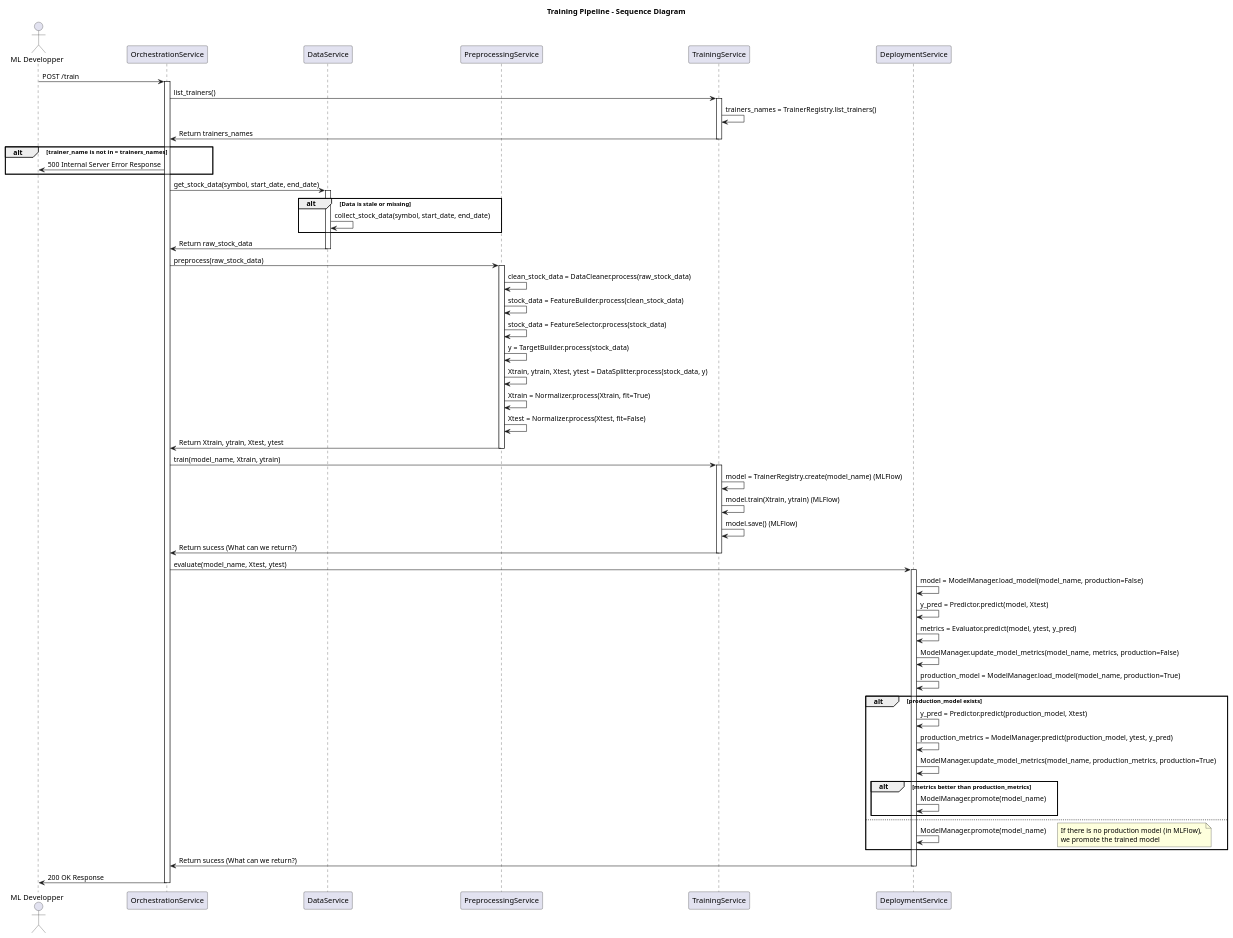
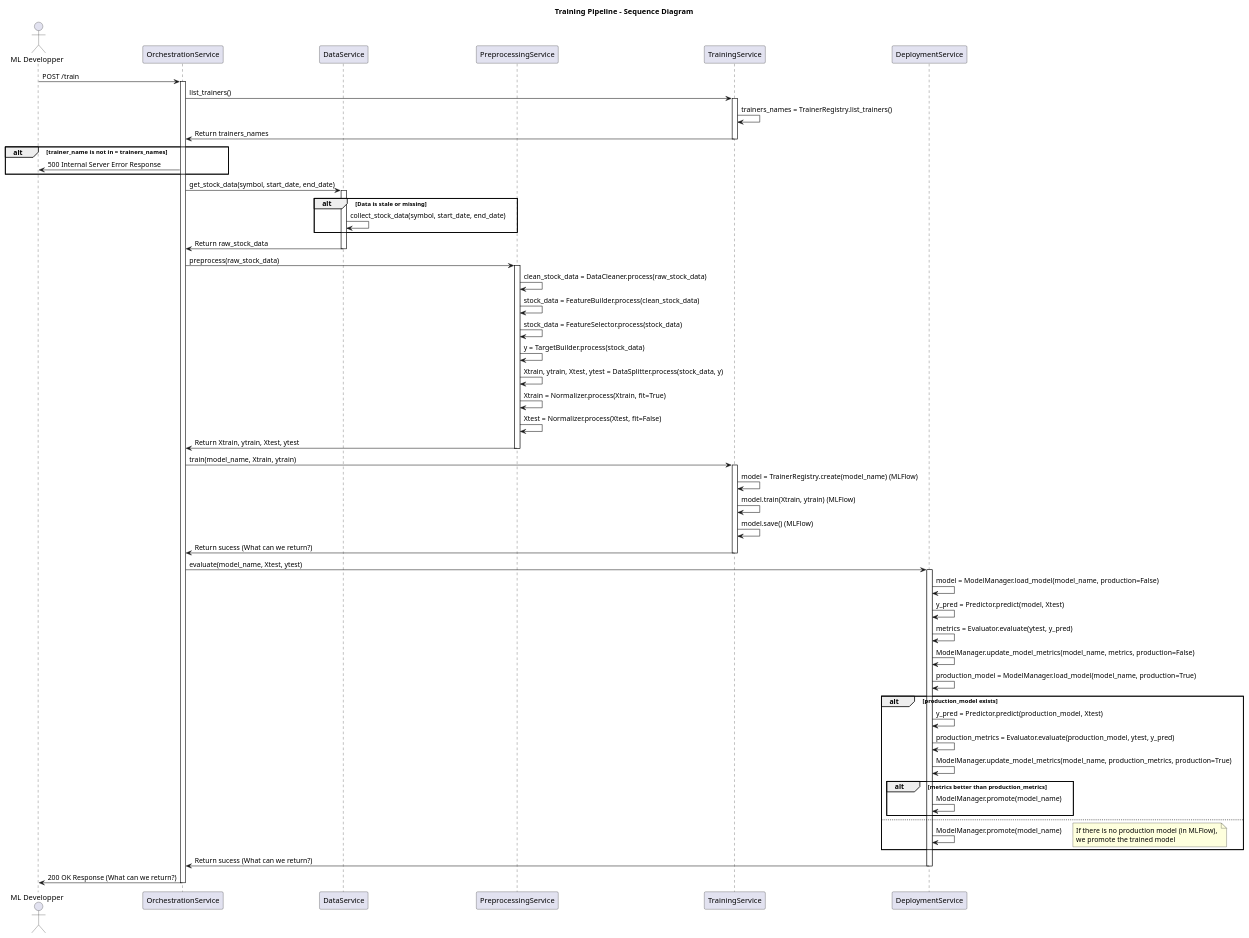
The diagram in docs/monolith/Training_Pipeline_Sequence_Diagram.puml (LOG795-PFE031/stock-ai_pfe031), drawn with PlantUML before and after one commit. The commit also changed 2 other files, not shown here.

Commit message:
Correction + Prediction and evaluation pipelines sequence diagram (docs)

```diff
--- a/docs/monolith/Training_Pipeline_Sequence_Diagram.puml
+++ b/docs/monolith/Training_Pipeline_Sequence_Diagram.puml
@@ -1,94 +1,94 @@
 @startuml
 
 title Training Pipeline - Sequence Diagram
 
 Actor "ML Developper" as User
 participant OrchestrationService
 participant DataService
 participant PreprocessingService
 participant TrainingService
 participant DeploymentService
 
 
 User -> OrchestrationService : POST /train
 activate OrchestrationService
 
 
 OrchestrationService -> TrainingService : list_trainers()
 activate TrainingService
 TrainingService -> TrainingService : trainers_names = TrainerRegistry.list_trainers()
 TrainingService -> OrchestrationService : Return trainers_names
 deactivate TrainingService
 
 alt trainer_name is not in  = trainers_names
     OrchestrationService -> User : 500 Internal Server Error Response
 end
 
 
 OrchestrationService -> DataService : get_stock_data(symbol, start_date, end_date)
 activate DataService
 
 alt Data is stale or missing
     DataService -> DataService : collect_stock_data(symbol, start_date, end_date)
 end
 DataService -> OrchestrationService : Return raw_stock_data
 deactivate DataService
 
 
 OrchestrationService -> PreprocessingService : preprocess(raw_stock_data)
 activate PreprocessingService
 PreprocessingService -> PreprocessingService : clean_stock_data = DataCleaner.process(raw_stock_data)
 PreprocessingService -> PreprocessingService : stock_data = FeatureBuilder.process(clean_stock_data)
 PreprocessingService -> PreprocessingService : stock_data = FeatureSelector.process(stock_data)
 PreprocessingService -> PreprocessingService : y = TargetBuilder.process(stock_data)
 PreprocessingService -> PreprocessingService : Xtrain, ytrain, Xtest, ytest = DataSplitter.process(stock_data, y)
 PreprocessingService -> PreprocessingService : Xtrain = Normalizer.process(Xtrain, fit=True)
 PreprocessingService -> PreprocessingService : Xtest = Normalizer.process(Xtest, fit=False)
 PreprocessingService -> OrchestrationService : Return Xtrain, ytrain, Xtest, ytest
 deactivate PreprocessingService
 
 
 OrchestrationService -> TrainingService : train(model_name, Xtrain, ytrain)
 activate TrainingService
 
 TrainingService -> TrainingService : model = TrainerRegistry.create(model_name) (MLFlow)
 TrainingService -> TrainingService : model.train(Xtrain, ytrain) (MLFlow)
 TrainingService -> TrainingService : model.save() (MLFlow)
 TrainingService -> OrchestrationService : Return sucess (What can we return?)
 deactivate TrainingService
 
 OrchestrationService -> DeploymentService : evaluate(model_name, Xtest, ytest)
 activate DeploymentService
 
 DeploymentService -> DeploymentService : model = ModelManager.load_model(model_name, production=False)
 DeploymentService -> DeploymentService : y_pred = Predictor.predict(model, Xtest)
-DeploymentService -> DeploymentService : metrics = Evaluator.predict(model, ytest, y_pred)
+DeploymentService -> DeploymentService : metrics = Evaluator.evaluate(ytest, y_pred)
 DeploymentService -> DeploymentService : ModelManager.update_model_metrics(model_name, metrics, production=False)
 
 DeploymentService -> DeploymentService : production_model = ModelManager.load_model(model_name, production=True)
 
 alt production_model exists
     DeploymentService -> DeploymentService : y_pred = Predictor.predict(production_model, Xtest)
-    DeploymentService -> DeploymentService : production_metrics = ModelManager.predict(production_model, ytest, y_pred)
+    DeploymentService -> DeploymentService : production_metrics = Evaluator.evaluate(production_model, ytest, y_pred)
     DeploymentService -> DeploymentService : ModelManager.update_model_metrics(model_name, production_metrics, production=True)
 
     alt metrics better than production_metrics
         DeploymentService -> DeploymentService : ModelManager.promote(model_name)
     end
 
 else
     DeploymentService -> DeploymentService : ModelManager.promote(model_name)
     note right
     If there is no production model (in MLFlow), 
     we promote the trained model
     end note
 end
 
 DeploymentService -> OrchestrationService : Return sucess (What can we return?)
 deactivate DeploymentService
 
 
-OrchestrationService -> User : 200 OK Response
+OrchestrationService -> User : 200 OK Response (What can we return?)
 deactivate OrchestrationService
 
 @enduml
```
